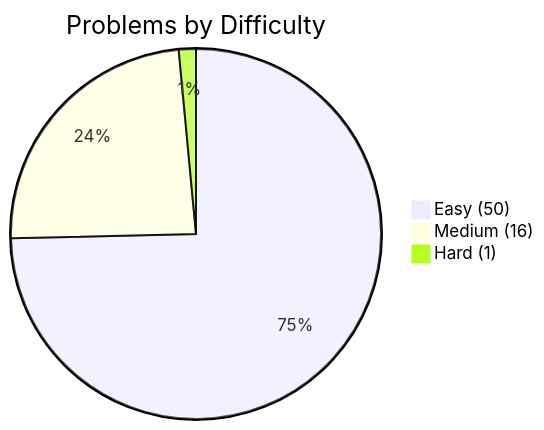
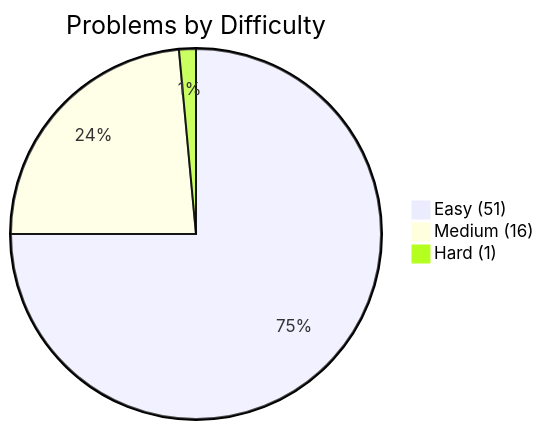
Before and after one commit to kanishk-procoder/leetcode-grind: the first of 2 diagrams in PROGRESS.md, drawn with Mermaid. The commit also changed other lines of this file and 4 other files, not shown here.

Commit message:
594 - Longest Harmonious Subsequence [Easy] ====> submission 1

````diff
--- a/PROGRESS.md
+++ b/PROGRESS.md
@@ -5,6 +5,6 @@
 ```mermaid
 pie title Problems by Difficulty
-    "Easy (50)" : 50
+    "Easy (51)" : 51
     "Medium (16)" : 16
     "Hard (1)" : 1
 ```
````
